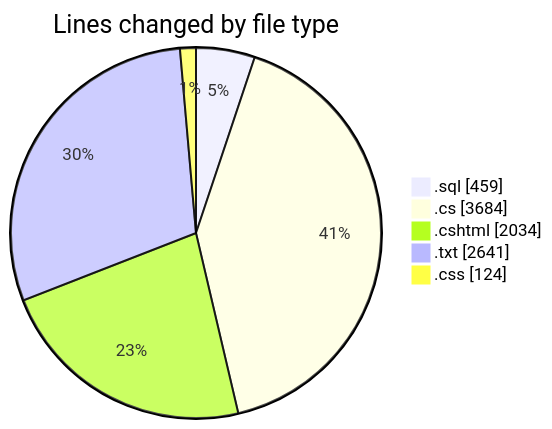
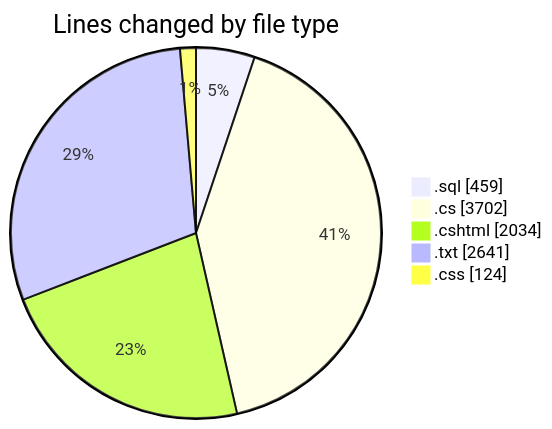
One commit to lephambinh05/code-tracking changed the first of 2 diagrams in 2025-07-23/quanlyrapchieuphim/README.md. Above: the diagram before and after it, drawn with Mermaid. The commit also changed other lines of this file and 1 other file, not shown here.

````diff
--- a/2025-07-23/quanlyrapchieuphim/README.md
+++ b/2025-07-23/quanlyrapchieuphim/README.md
@@ -34,9 +34,9 @@
 ```mermaid
 pie showData
 title Lines changed by file type
 ".sql" : 459
-".cs" : 3684
+".cs" : 3702
 ".cshtml" : 2034
 ".txt" : 2641
 ".css" : 124
 ```
````
